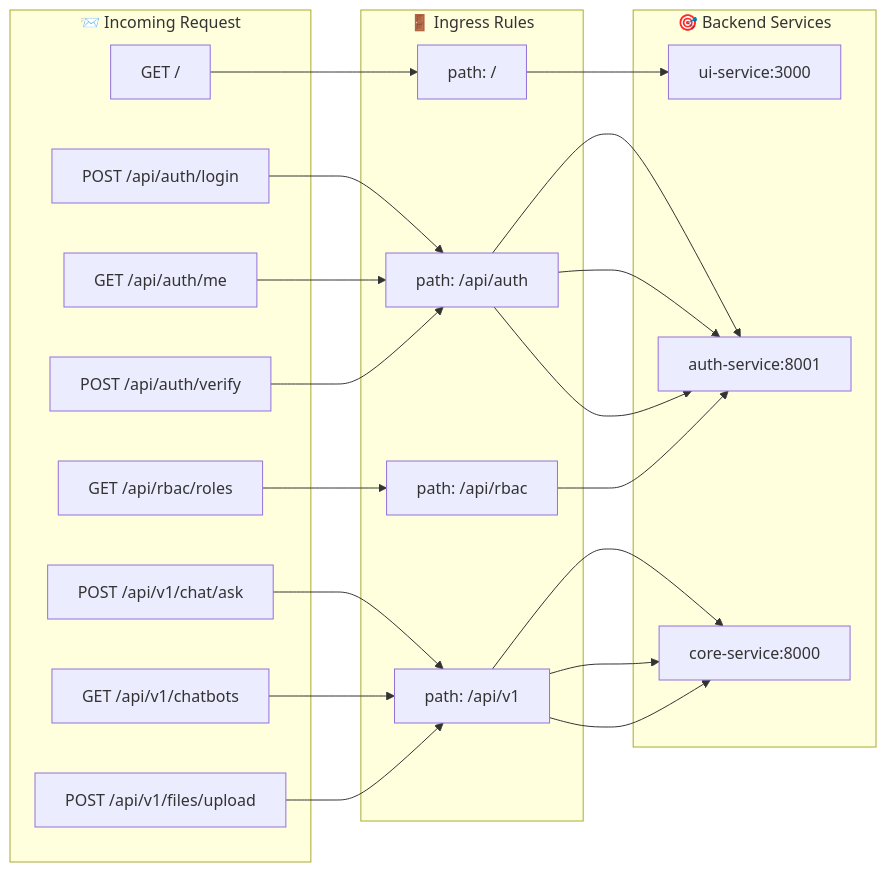
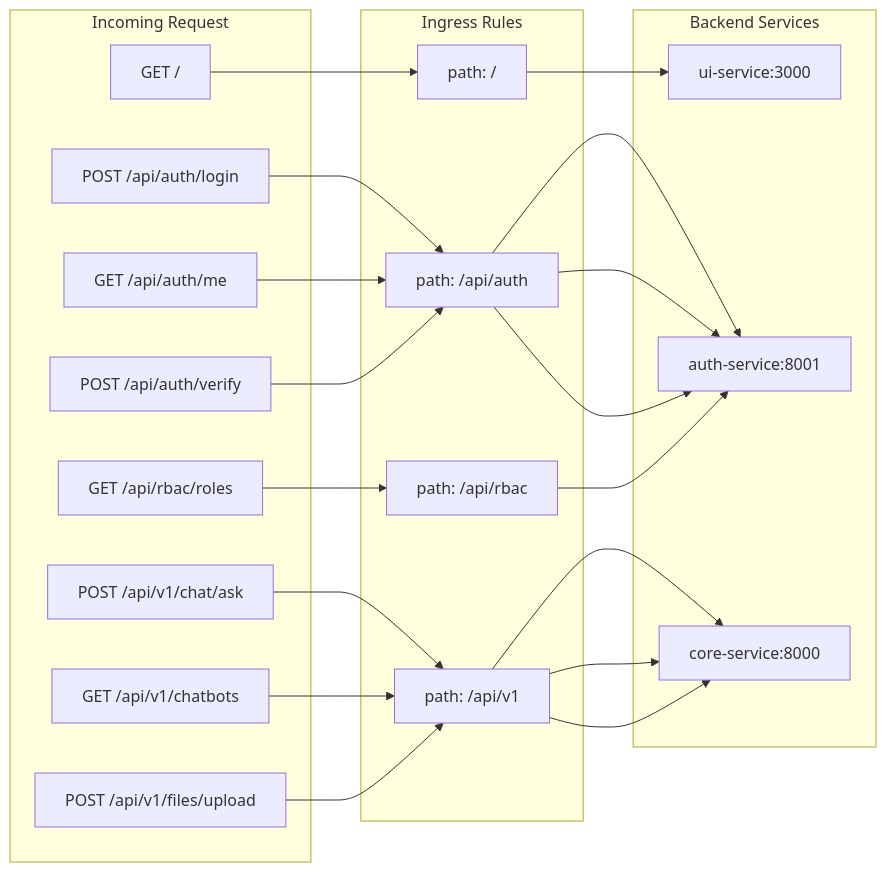
Diagram 12 of 12 in document/System_Flow_Diagrams.md (hoclaptrinh33/chatbot), drawn with Mermaid before and after one commit. The commit also changed other lines of this file and 150 other files, not shown here.

````diff
--- a/document/System_Flow_Diagrams.md
+++ b/document/System_Flow_Diagrams.md
@@ -903,35 +902,35 @@
 ```mermaid
 flowchart LR
-    subgraph Request["📨 Incoming Request"]
-        R1["GET /"]
-        R2["POST /api/auth/login"]
-        R3["GET /api/auth/me"]
-        R4["POST /api/auth/verify"]
-        R5["GET /api/rbac/roles"]
-        R6["POST /api/v1/chat/ask"]
-        R7["GET /api/v1/chatbots"]
-        R8["POST /api/v1/files/upload"]
-    end
+ subgraph Request["Incoming Request"]
+ R1["GET /"]
+ R2["POST /api/auth/login"]
+ R3["GET /api/auth/me"]
+ R4["POST /api/auth/verify"]
+ R5["GET /api/rbac/roles"]
+ R6["POST /api/v1/chat/ask"]
+ R7["GET /api/v1/chatbots"]
+ R8["POST /api/v1/files/upload"]
+ end
 
-    subgraph Ingress["🚪 Ingress Rules"]
-        RULE1["path: /"]
-        RULE2["path: /api/auth"]
-        RULE3["path: /api/rbac"]
-        RULE4["path: /api/v1"]
-    end
+ subgraph Ingress["Ingress Rules"]
+ RULE1["path: /"]
+ RULE2["path: /api/auth"]
+ RULE3["path: /api/rbac"]
+ RULE4["path: /api/v1"]
+ end
 
-    subgraph Services["🎯 Backend Services"]
-        UI["ui-service:3000"]
-        AUTH["auth-service:8001"]
-        CORE["core-service:8000"]
-    end
+ subgraph Services["Backend Services"]
+ UI["ui-service:3000"]
+ AUTH["auth-service:8001"]
+ CORE["core-service:8000"]
+ end
 
-    R1 --> RULE1 --> UI
-    R2 --> RULE2 --> AUTH
-    R3 --> RULE2 --> AUTH
-    R4 --> RULE2 --> AUTH
-    R5 --> RULE3 --> AUTH
-    R6 --> RULE4 --> CORE
-    R7 --> RULE4 --> CORE
-    R8 --> RULE4 --> CORE
+ R1 --> RULE1 --> UI
+ R2 --> RULE2 --> AUTH
+ R3 --> RULE2 --> AUTH
+ R4 --> RULE2 --> AUTH
+ R5 --> RULE3 --> AUTH
+ R6 --> RULE4 --> CORE
+ R7 --> RULE4 --> CORE
+ R8 --> RULE4 --> CORE
 ```
````
